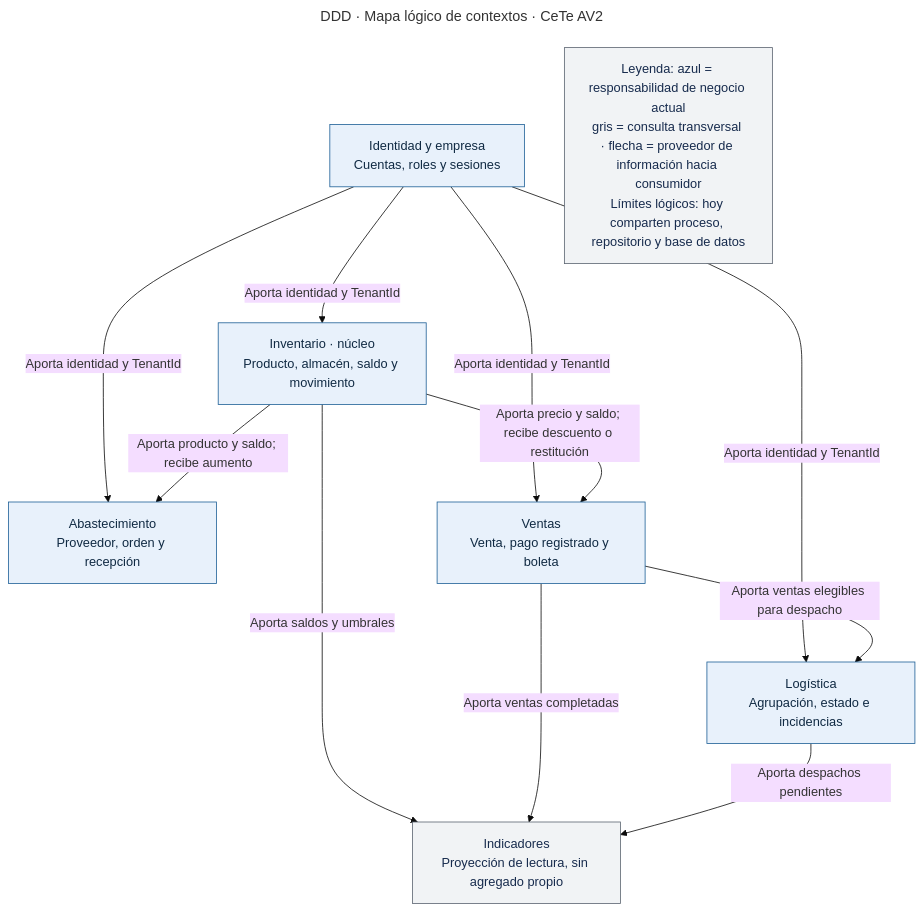
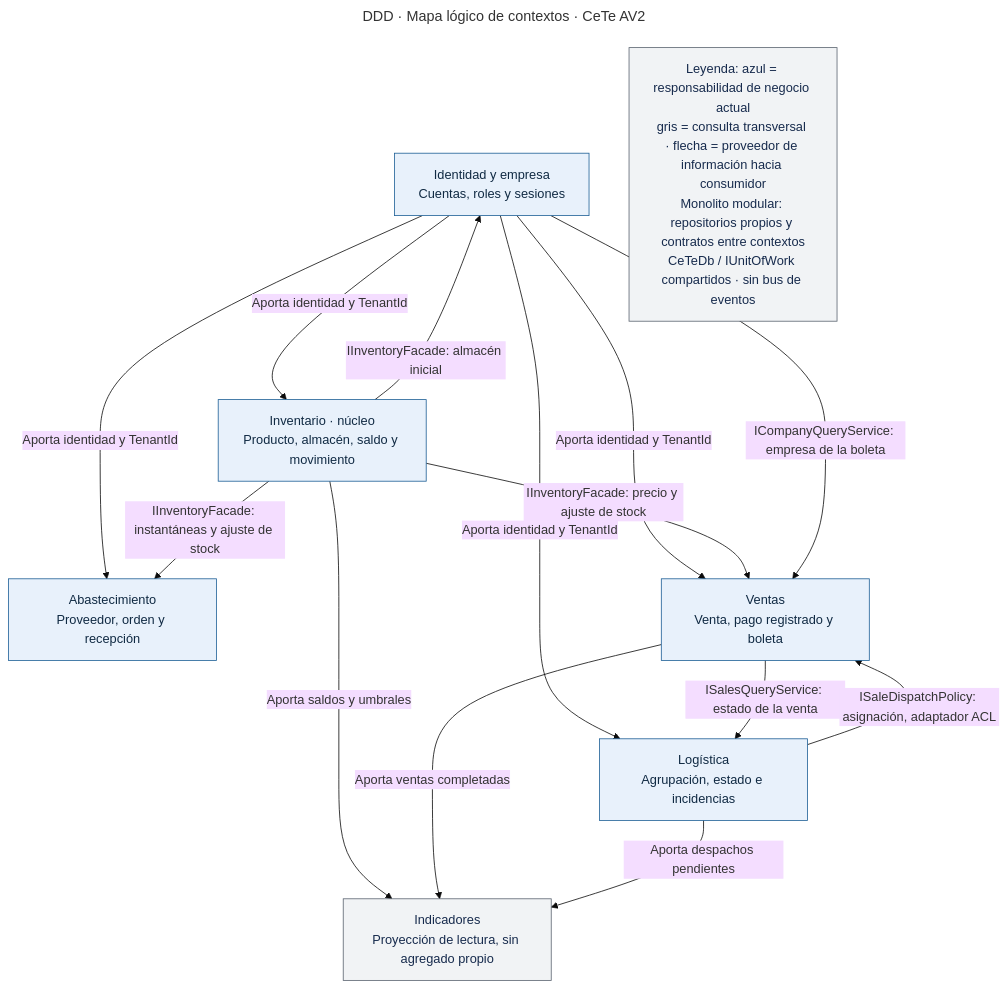
One commit to Nexxus-ops/Report-CeTe changed the diagram in diagrams/ddd-context-map.mmd. Above: the diagram before and after it, drawn with Mermaid (base theme). The commit also changed 34 other files, not shown here.

Commit message:
docs(architecture): align report with deployed DDD contexts

```diff
--- a/diagrams/ddd-context-map.mmd
+++ b/diagrams/ddd-context-map.mmd
@@ -1,25 +1,28 @@
 ---
 title: DDD · Mapa lógico de contextos · CeTe AV2
 ---
 flowchart TB
   I["Identidad y empresa<br/>Cuentas, roles y sesiones"]:::internal
   W["Inventario · núcleo<br/>Producto, almacén, saldo y movimiento"]:::internal
   P["Abastecimiento<br/>Proveedor, orden y recepción"]:::internal
   S["Ventas<br/>Venta, pago registrado y boleta"]:::internal
   L["Logística<br/>Agrupación, estado e incidencias"]:::internal
   A["Indicadores<br/>Proyección de lectura, sin agregado propio"]:::external
   I -->|"Aporta identidad y TenantId"| W
   I -->|"Aporta identidad y TenantId"| P
   I -->|"Aporta identidad y TenantId"| S
   I -->|"Aporta identidad y TenantId"| L
-  W -->|"Aporta producto y saldo; recibe aumento"| P
-  W -->|"Aporta precio y saldo; recibe descuento o restitución"| S
-  S -->|"Aporta ventas elegibles para despacho"| L
+  W -->|"IInventoryFacade: instantáneas y ajuste de stock"| P
+  W -->|"IInventoryFacade: precio y ajuste de stock"| S
+  S -->|"ISalesQueryService: estado de la venta"| L
+  W -->|"IInventoryFacade: almacén inicial"| I
+  I -->|"ICompanyQueryService: empresa de la boleta"| S
+  L -->|"ISaleDispatchPolicy: asignación, adaptador ACL"| S
   W -->|"Aporta saldos y umbrales"| A
   S -->|"Aporta ventas completadas"| A
   L -->|"Aporta despachos pendientes"| A
-  K["Leyenda: azul = responsabilidad de negocio actual<br/>gris = consulta transversal · flecha = proveedor de información hacia consumidor<br/>Límites lógicos: hoy comparten proceso, repositorio y base de datos"]:::external
+  K["Leyenda: azul = responsabilidad de negocio actual<br/>gris = consulta transversal · flecha = proveedor de información hacia consumidor<br/>Monolito modular: repositorios propios y contratos entre contextos<br/>CeTeDb / IUnitOfWork compartidos · sin bus de eventos"]:::external
 
   classDef person fill:#0A2540,stroke:#0A2540,color:#FFFFFF
   classDef internal fill:#E8F1FB,stroke:#1D5F96,color:#102A43
   classDef external fill:#F1F3F5,stroke:#5B6470,color:#172B4D
```
